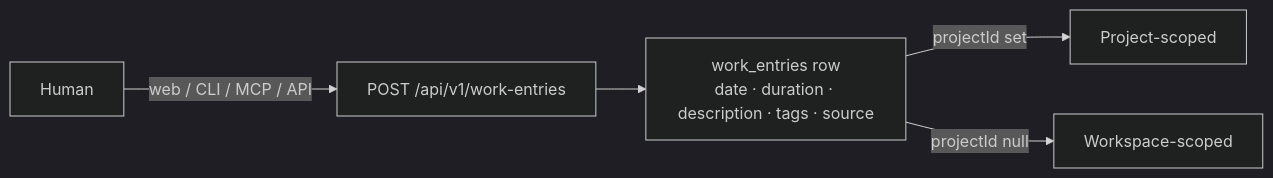
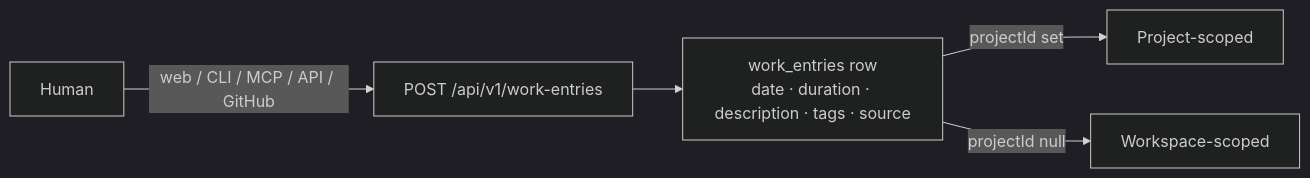
Before and after one commit to spantail/spantail: the eighth of 10 diagrams in docs/data-model.md, drawn with Mermaid (dark theme). The commit also changed other lines of this file and 16 other files, not shown here.

````diff
--- a/docs/data-model.md
+++ b/docs/data-model.md
@@ -293,7 +297,7 @@
 ```mermaid
 flowchart LR
-    A["Human"] -->|"web / CLI / MCP / API"| B["POST /api/v1/work-entries"]
+    A["Human"] -->|"web / CLI / MCP / API / GitHub"| B["POST /api/v1/work-entries"]
     B --> C["work_entries row<br/>date · duration · description · tags · source"]
     C -->|"projectId set"| D["Project-scoped"]
     C -->|"projectId null"| E["Workspace-scoped"]
 ```
````
